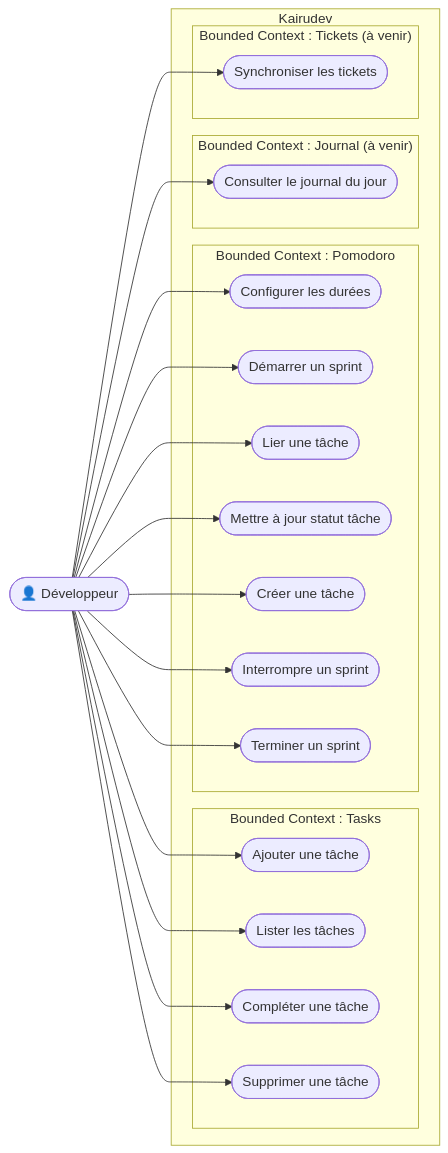
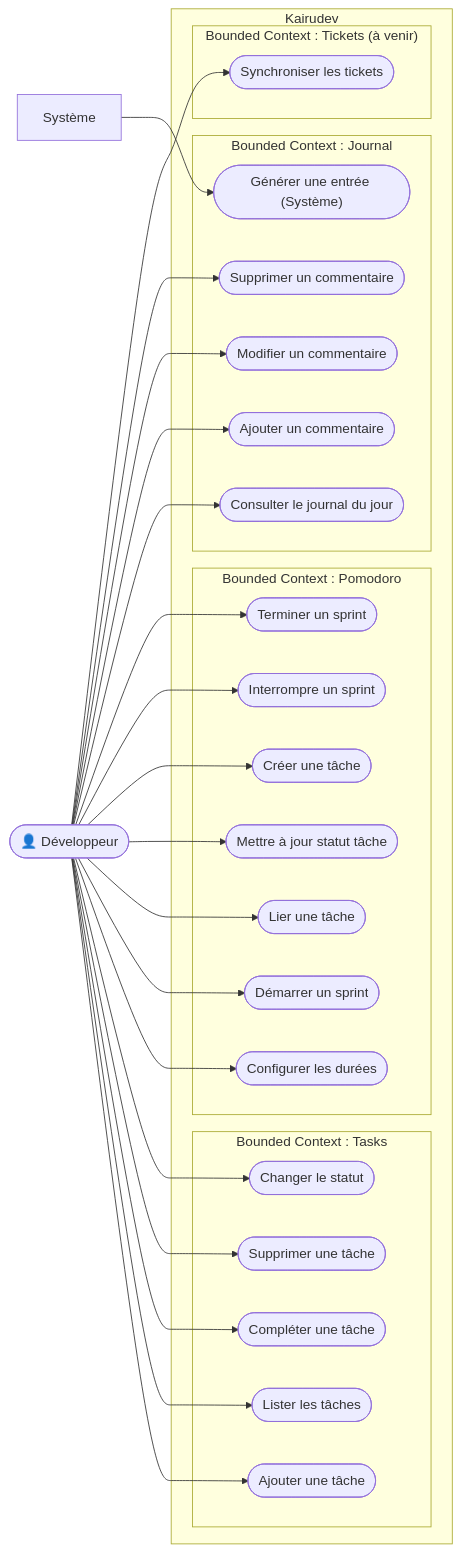
Before and after one commit to Monbsoft/Kairu: the first of 17 diagrams in docs/spec.md, drawn with Mermaid. The commit also changed other lines of this file and 36 other files, not shown here.

````diff
--- a/docs/spec.md
+++ b/docs/spec.md
@@ -20,45 +20,55 @@
 ```mermaid
 flowchart LR
     Dev(["👤 Développeur"])
 
     subgraph Kairudev["Kairudev"]
         subgraph Tasks["Bounded Context : Tasks"]
             UC1(["Ajouter une tâche"])
             UC2(["Lister les tâches"])
             UC3(["Compléter une tâche"])
             UC4(["Supprimer une tâche"])
+            UC12(["Changer le statut"])
         end
 
         subgraph Pomodoro["Bounded Context : Pomodoro"]
             P05(["Configurer les durées"])
             P06(["Démarrer un sprint"])
             P07(["Lier une tâche"])
             P08(["Mettre à jour statut tâche"])
             P09(["Créer une tâche"])
             P10(["Interrompre un sprint"])
             P11(["Terminer un sprint"])
         end
 
-        subgraph Journal["Bounded Context : Journal (à venir)"]
-            UC8(["Consulter le journal du jour"])
+        subgraph Journal["Bounded Context : Journal"]
+            UC13(["Consulter le journal du jour"])
+            UC14(["Ajouter un commentaire"])
+            UC15(["Modifier un commentaire"])
+            UC16(["Supprimer un commentaire"])
+            UCS1(["Générer une entrée (Système)"])
         end
 
         subgraph Tickets["Bounded Context : Tickets (à venir)"]
             UC9(["Synchroniser les tickets"])
         end
     end
 
     Dev --> UC1
     Dev --> UC2
     Dev --> UC3
     Dev --> UC4
+    Dev --> UC12
     Dev --> P05
     Dev --> P06
     Dev --> P07
     Dev --> P08
     Dev --> P09
     Dev --> P10
     Dev --> P11
-    Dev --> UC8
+    Dev --> UC13
+    Dev --> UC14
+    Dev --> UC15
+    Dev --> UC16
+    Système --> UCS1
     Dev --> UC9
 ```
````
